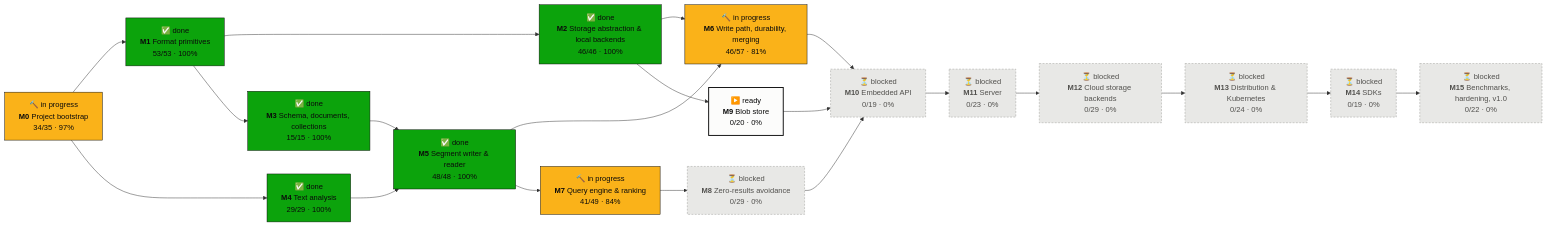
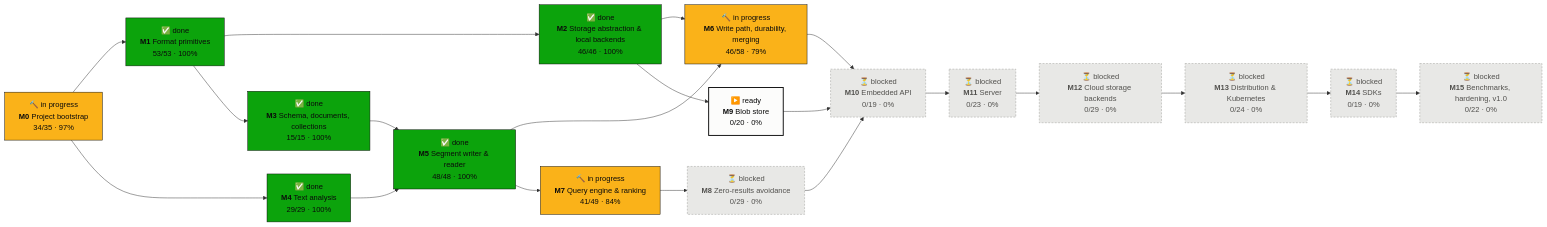
The first of 2 diagrams in PROGRESS.md (tomiok/persiaDB), drawn with Mermaid before and after one commit. The commit also changed other lines of this file and 8 other files, not shown here.

````diff
--- a/PROGRESS.md
+++ b/PROGRESS.md
@@ -16,42 +16,42 @@
 ```mermaid
 flowchart LR
   M0["🔨 in progress<br/><b>M0</b> Project bootstrap<br/>34/35 · 97%"]:::doing
   M1["✅ done<br/><b>M1</b> Format primitives<br/>53/53 · 100%"]:::done
   M2["✅ done<br/><b>M2</b> Storage abstraction & local backends<br/>46/46 · 100%"]:::done
   M3["✅ done<br/><b>M3</b> Schema, documents, collections<br/>15/15 · 100%"]:::done
   M4["✅ done<br/><b>M4</b> Text analysis<br/>29/29 · 100%"]:::done
   M5["✅ done<br/><b>M5</b> Segment writer & reader<br/>48/48 · 100%"]:::done
-  M6["🔨 in progress<br/><b>M6</b> Write path, durability, merging<br/>46/57 · 81%"]:::doing
+  M6["🔨 in progress<br/><b>M6</b> Write path, durability, merging<br/>46/58 · 79%"]:::doing
   M7["🔨 in progress<br/><b>M7</b> Query engine & ranking<br/>41/49 · 84%"]:::doing
   M8["⏳ blocked<br/><b>M8</b> Zero-results avoidance<br/>0/29 · 0%"]:::blocked
   M9["▶️ ready<br/><b>M9</b> Blob store<br/>0/20 · 0%"]:::ready
   M10["⏳ blocked<br/><b>M10</b> Embedded API<br/>0/19 · 0%"]:::blocked
   M11["⏳ blocked<br/><b>M11</b> Server<br/>0/23 · 0%"]:::blocked
   M12["⏳ blocked<br/><b>M12</b> Cloud storage backends<br/>0/29 · 0%"]:::blocked
   M13["⏳ blocked<br/><b>M13</b> Distribution & Kubernetes<br/>0/24 · 0%"]:::blocked
   M14["⏳ blocked<br/><b>M14</b> SDKs<br/>0/19 · 0%"]:::blocked
   M15["⏳ blocked<br/><b>M15</b> Benchmarks, hardening, v1.0<br/>0/22 · 0%"]:::blocked
   M0 --> M1
   M1 --> M2
   M1 --> M3
   M0 --> M4
   M3 --> M5
   M4 --> M5
   M2 --> M6
   M5 --> M6
   M5 --> M7
   M7 --> M8
   M2 --> M9
   M6 --> M10
   M8 --> M10
   M9 --> M10
   M10 --> M11
   M11 --> M12
   M12 --> M13
   M13 --> M14
   M14 --> M15
   classDef done fill:#0ca30c,stroke:#0b0b0b,color:#0b0b0b
   classDef doing fill:#fab219,stroke:#0b0b0b,color:#0b0b0b
   classDef ready fill:#fcfcfb,stroke:#0b0b0b,stroke-width:2px,color:#0b0b0b
   classDef blocked fill:#e8e8e6,stroke:#9a9a96,stroke-dasharray:4 3,color:#52514e
 ```
````
